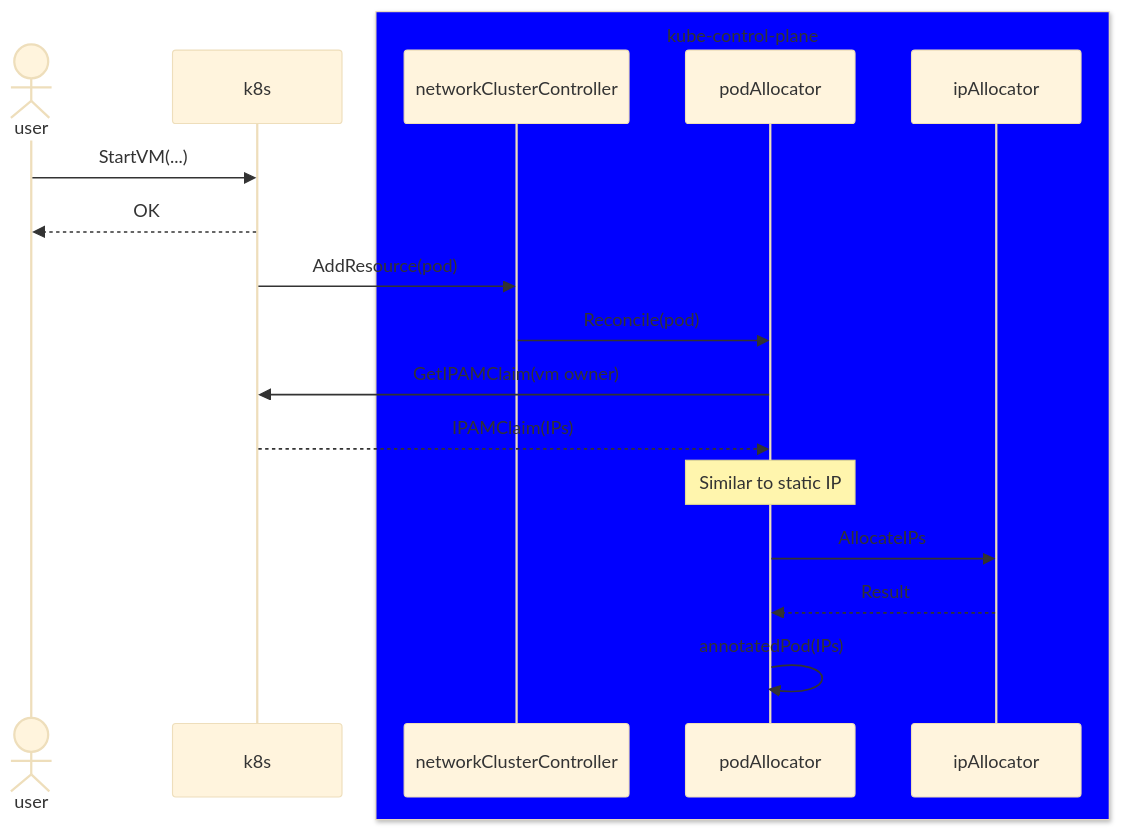
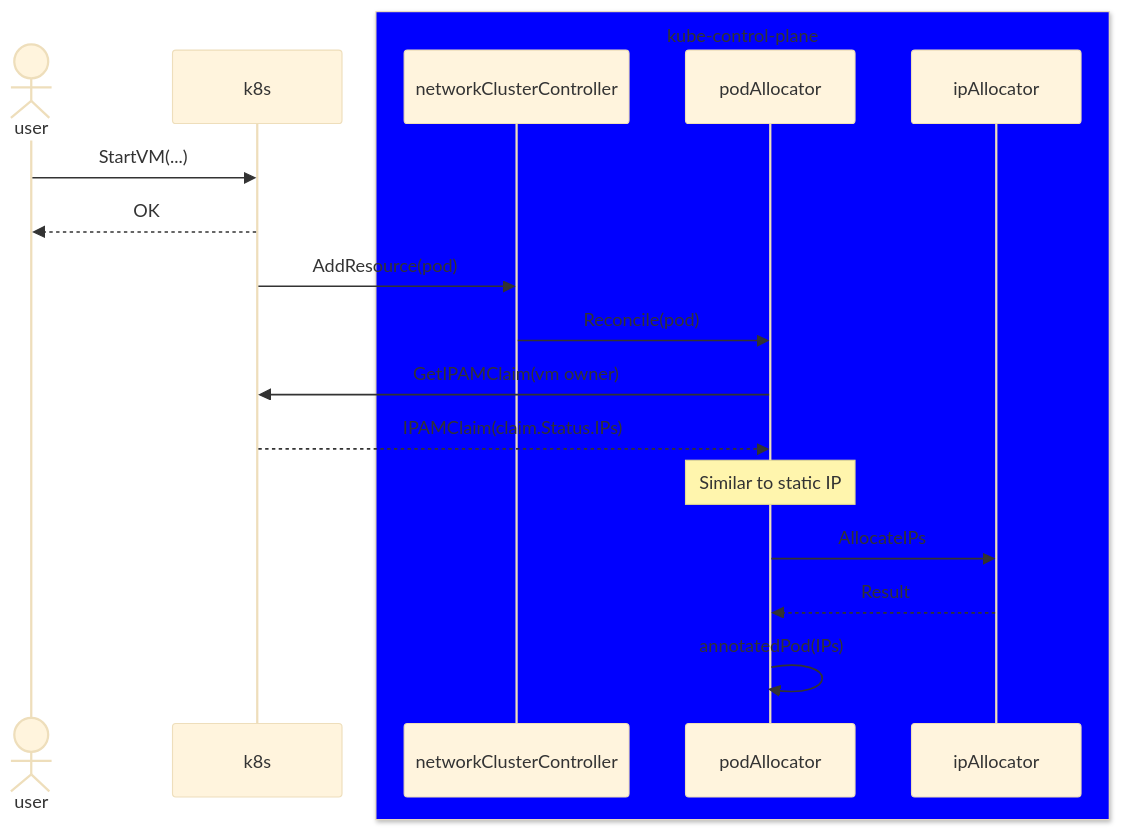
The eighth of 15 diagrams in enhancements/network/persistent-ips-sdn-secondary-networks.md (openshift/enhancements), drawn with Mermaid (base theme) before and after one commit. The commit also changed other lines of this file, not shown here.

````diff
--- a/enhancements/network/persistent-ips-sdn-secondary-networks.md
+++ b/enhancements/network/persistent-ips-sdn-secondary-networks.md
@@ -588,21 +501,21 @@
 ```mermaid
 sequenceDiagram
     actor user
     participant k8s
     box Blue kube-control-plane
         participant networkClusterController
         participant podAllocator
         participant ipAllocator
     end
 
     user->>k8s: StartVM(...)
     k8s-->>user: OK
     k8s->>networkClusterController: AddResource(pod)
     networkClusterController->>podAllocator:Reconcile(pod)
     podAllocator->>k8s:GetIPAMClaim(vm owner)
-    k8s-->>podAllocator:IPAMClaim(IPs)
+    k8s-->>podAllocator:IPAMClaim(claim.Status.IPs)
     note over podAllocator: Similar to static IP
     podAllocator->>ipAllocator:AllocateIPs
     ipAllocator-->>podAllocator:Result
     podAllocator->>podAllocator:annotatedPod(IPs)
 ```
````
